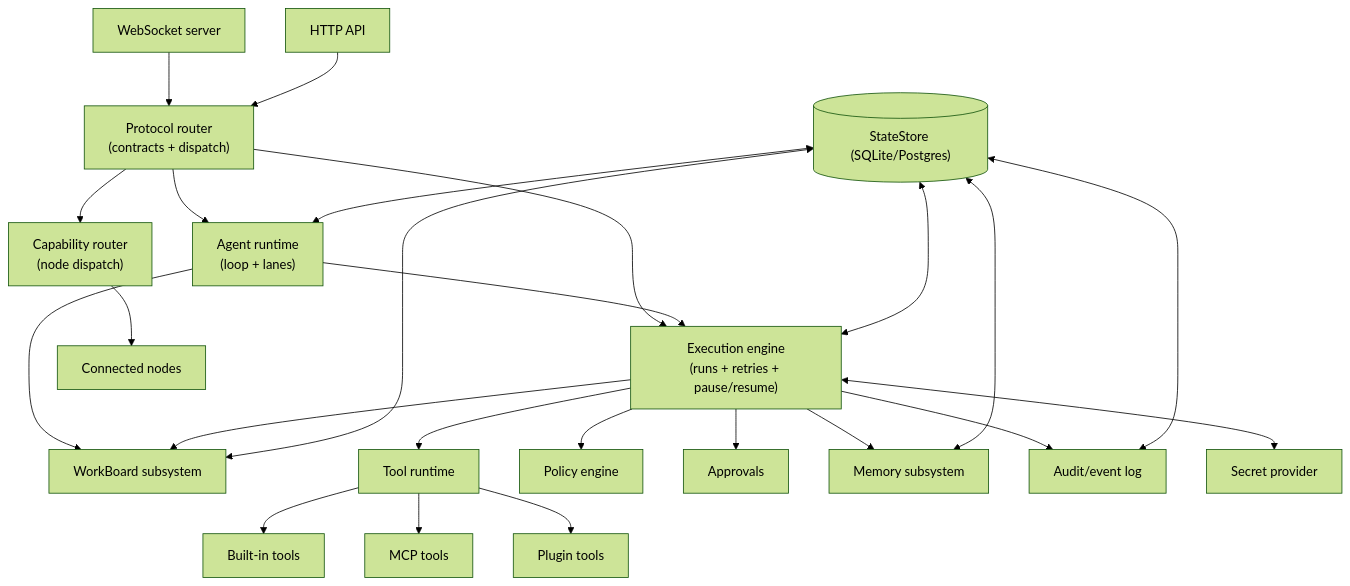
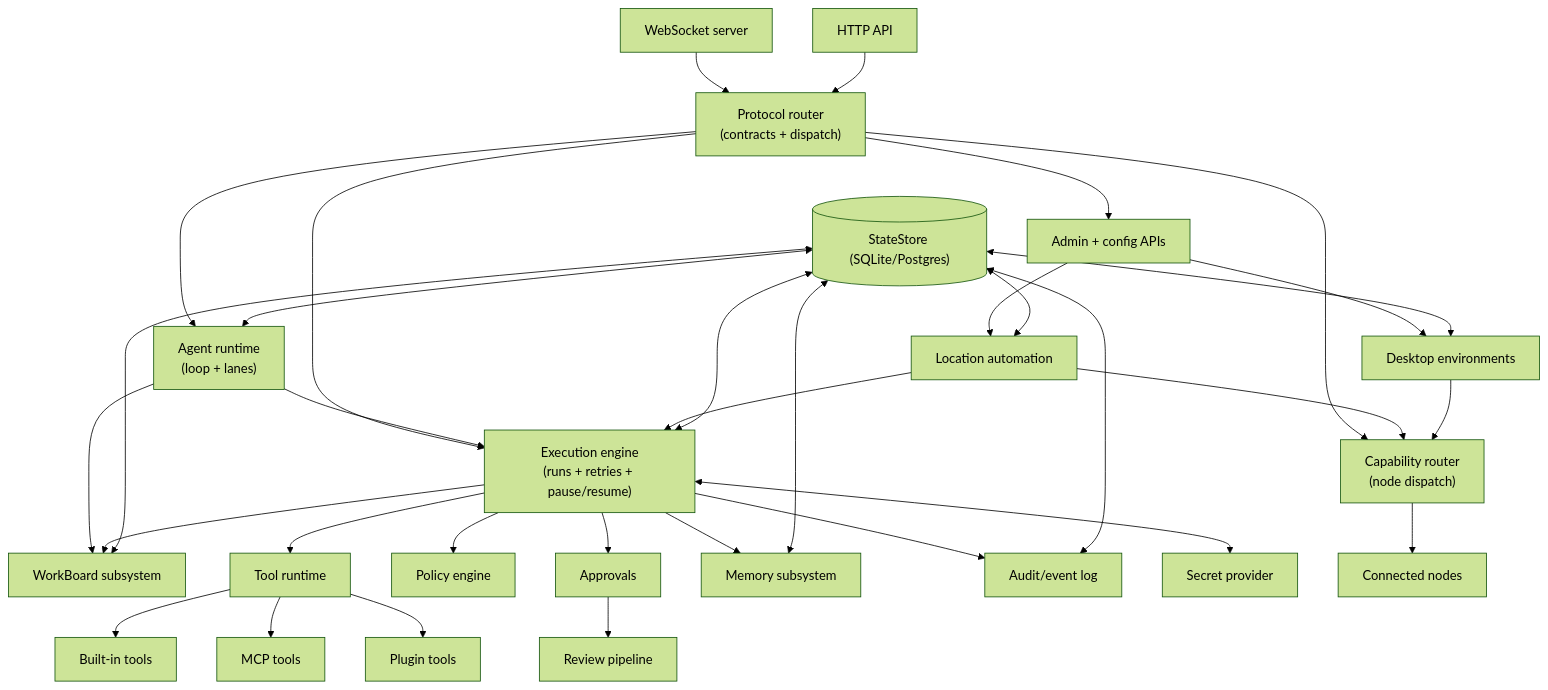
The diagram in docs/architecture/gateway/index.md (tyrumai/tyrum), drawn with Mermaid (forest theme) before and after one commit. The commit also changed other lines of this file and 17 other files, not shown here.

Commit message:
docs: backfill architecture coverage for embedded and managed runtime flows

````diff
--- a/docs/architecture/gateway/index.md
+++ b/docs/architecture/gateway/index.md
@@ -38,31 +40,40 @@
 ```mermaid
 flowchart TB
   WS["WebSocket server"] --> PROTO["Protocol router<br/>(contracts + dispatch)"]
   HTTP["HTTP API"] --> PROTO
 
   PROTO --> AG["Agent runtime<br/>(loop + lanes)"]
   PROTO --> ENG["Execution engine<br/>(runs + retries + pause/resume)"]
   PROTO --> CAP["Capability router<br/>(node dispatch)"]
+  PROTO --> ADMIN["Admin + config APIs"]
 
   AG --> ENG
   AG --> WORK["WorkBoard subsystem"]
   ENG --> TOOLS["Tool runtime"]
   TOOLS --> BUILTIN["Built-in tools"]
   TOOLS --> MCP["MCP tools"]
   TOOLS --> PLUGTOOLS["Plugin tools"]
 
   ENG --> POLICY["Policy engine"]
   ENG --> APPR["Approvals"]
+  APPR --> REVIEW["Review pipeline"]
   ENG --> WORK
   ENG --> MEM["Memory subsystem"]
   ENG --> AUDIT["Audit/event log"]
   ENG <--> SECRETS["Secret provider"]
+  ADMIN --> DESK["Desktop environments"]
+  ADMIN --> LOC["Location automation"]
+  LOC --> ENG
+  LOC --> CAP
+  DESK --> CAP
 
   DB[("StateStore (SQLite/Postgres)")] <--> MEM
   DB <--> WORK
   DB <--> AUDIT
   DB <--> AG
   DB <--> ENG
+  DB <--> DESK
+  DB <--> LOC
 
   CAP --> NODES["Connected nodes"]
 ```
````
